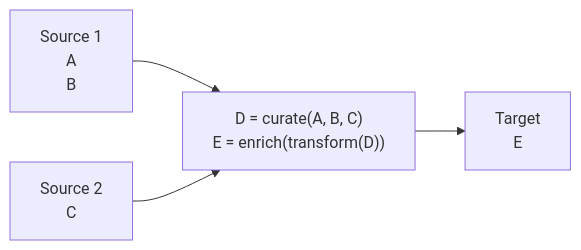
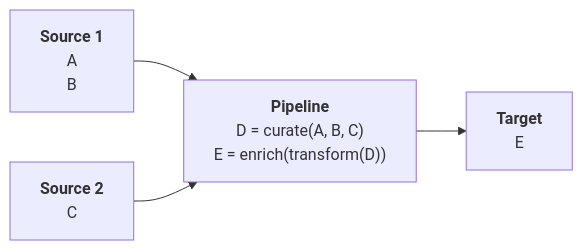
The fifth of 6 diagrams in docs/admin/pipelines/overview.mdx (VirtualMetric/virtualmetric-docs), drawn with Mermaid before and after one commit. The commit also changed other lines of this file and 15 other files, not shown here.

````diff
--- a/docs/admin/pipelines/overview.mdx
+++ b/docs/admin/pipelines/overview.mdx
@@ -192,21 +192,21 @@
 ```mermaid
 %%{init: {"flowchart": {"htmlLabels": false}}}%%
 flowchart LR
-	source1Box["`Source 1
+	source1["`**Source 1**
 		A
 		B
 	`"]
-	source2Box["`Source 2
+	source2["`**Source 2**
 		C
 	`"]
-  processorBox["`
+  processor["`**Pipeline**
     D = curate(A, B, C)
 		E = enrich(transform(D))
 	`"]
-	targetBox["`Target
+	target["`**Target**
 		E
 	`"]
-	source1Box --> processorBox;
-	source2Box --> processorBox;
-	processorBox --> targetBox
+	source1 --> processor;
+	source2 --> processor;
+	processor --> target
 ```
````
